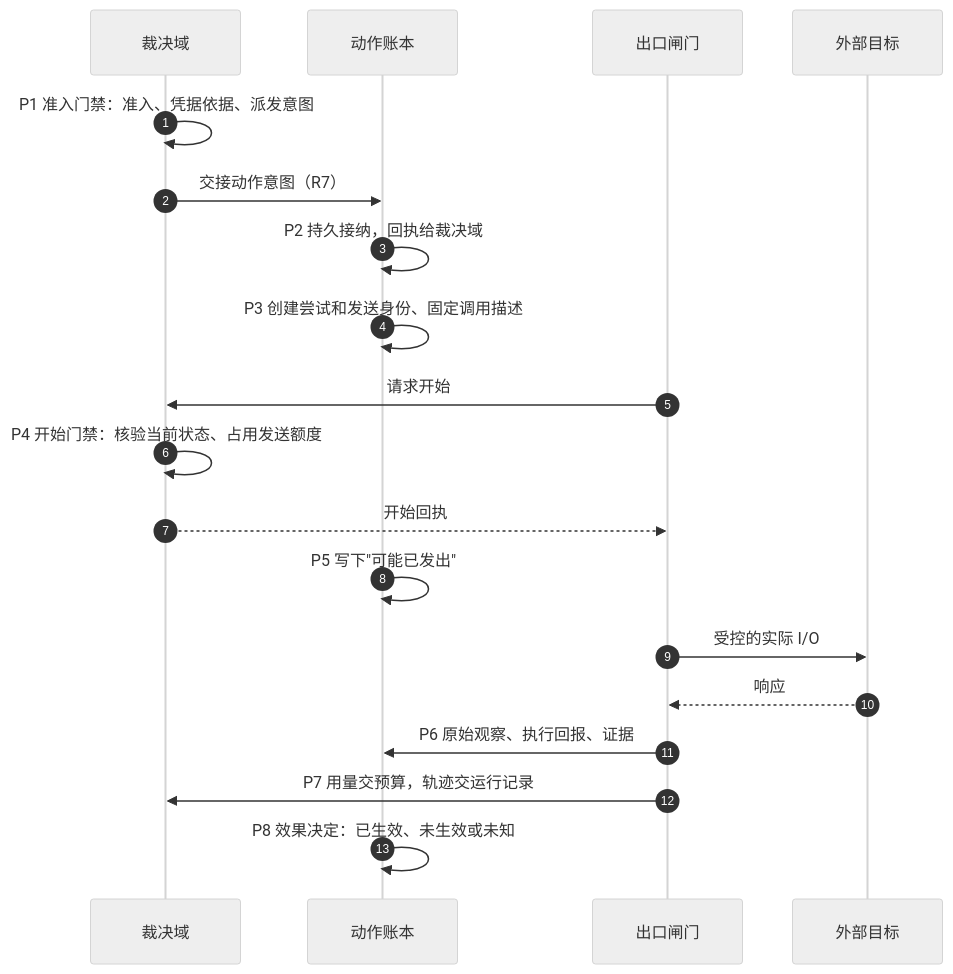
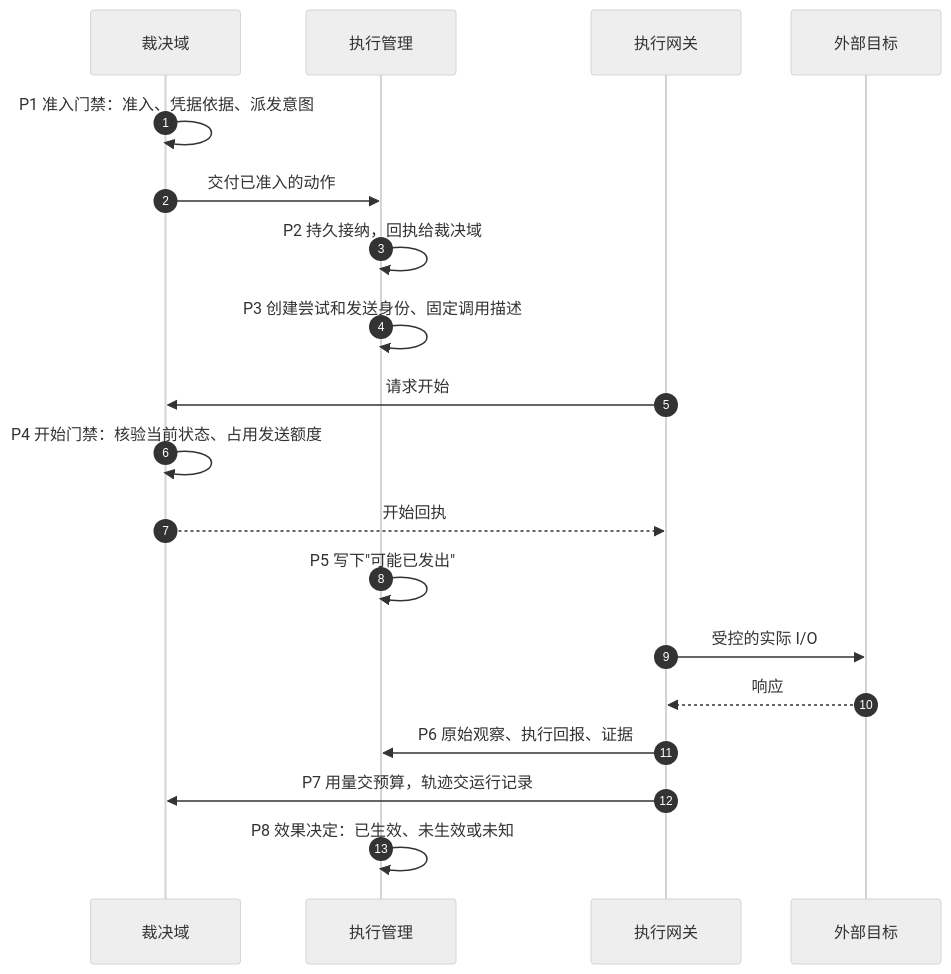
Before and after one commit to ruipengliu/lerna: the first of 2 diagrams in docs/architecture/core/egress/README.md, drawn with Mermaid (neutral theme). The commit also changed other lines of this file and 48 other files, not shown here.

Commit message:
docs: clarify architecture contracts and diagrams

````diff
--- a/docs/architecture/core/egress/README.md
+++ b/docs/architecture/core/egress/README.md
@@ -114,21 +117,21 @@
 ```mermaid
 sequenceDiagram
     autonumber
     participant T as 裁决域
-    participant L as 动作账本
-    participant G as 出口闸门
+    participant L as 执行管理
+    participant G as 执行网关
     participant X as 外部目标
     T->>T: P1 准入门禁：准入、凭据依据、派发意图
-    T->>L: 交接动作意图（R7）
+    T->>L: 交付已准入的动作
     L->>L: P2 持久接纳，回执给裁决域
     L->>L: P3 创建尝试和发送身份、固定调用描述
     G->>T: 请求开始
     T->>T: P4 开始门禁：核验当前状态、占用发送额度
     T-->>G: 开始回执
     L->>L: P5 写下"可能已发出"
     G->>X: 受控的实际 I/O
     X-->>G: 响应
     G->>L: P6 原始观察、执行回报、证据
     G->>T: P7 用量交预算，轨迹交运行记录
     L->>L: P8 效果决定：已生效、未生效或未知
 ```
````
